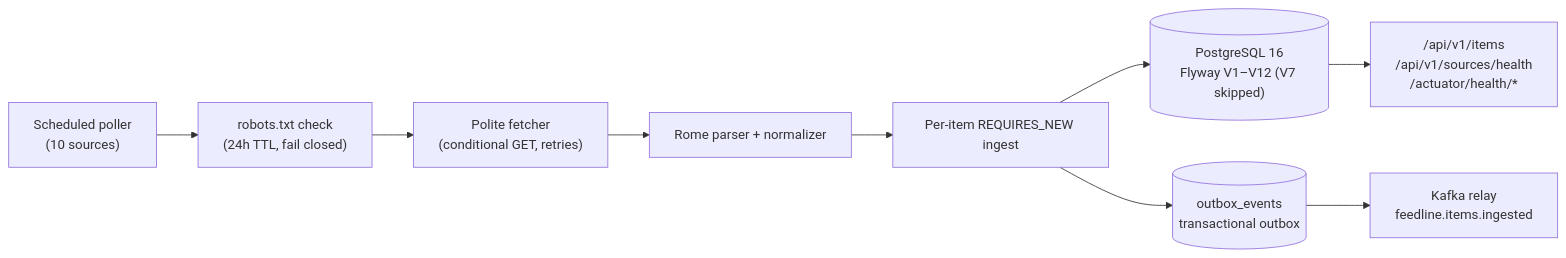
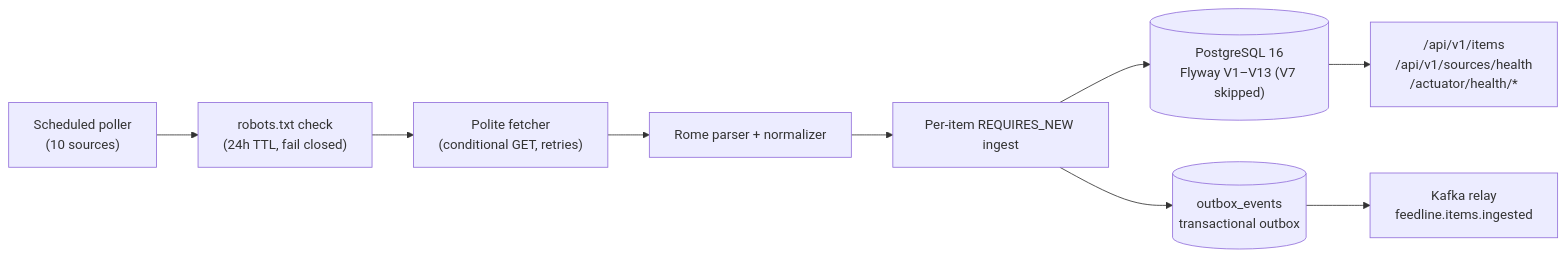
One commit to kopekijay11-hub/feedline changed the diagram in README.md. Above: the diagram before and after it, drawn with Mermaid. The commit also changed other lines of this file and 7 other files, not shown here.

````diff
--- a/README.md
+++ b/README.md
@@ -52,11 +51,11 @@
 ```mermaid
 flowchart LR
     S["Scheduled poller<br/>(10 sources)"] --> R["robots.txt check<br/>(24h TTL, fail closed)"]
     R --> F["Polite fetcher<br/>(conditional GET, retries)"]
     F --> P["Rome parser + normalizer"]
     P --> I["Per-item REQUIRES_NEW ingest"]
-    I --> DB[("PostgreSQL 16<br/>Flyway V1–V12 (V7 skipped)")]
+    I --> DB[("PostgreSQL 16<br/>Flyway V1–V13 (V7 skipped)")]
     I --> O[("outbox_events<br/>transactional outbox")]
     O --> K["Kafka relay<br/>feedline.items.ingested"]
     DB --> A["/api/v1/items<br/>/api/v1/sources/health<br/>/actuator/health/*"]
 ```
````
